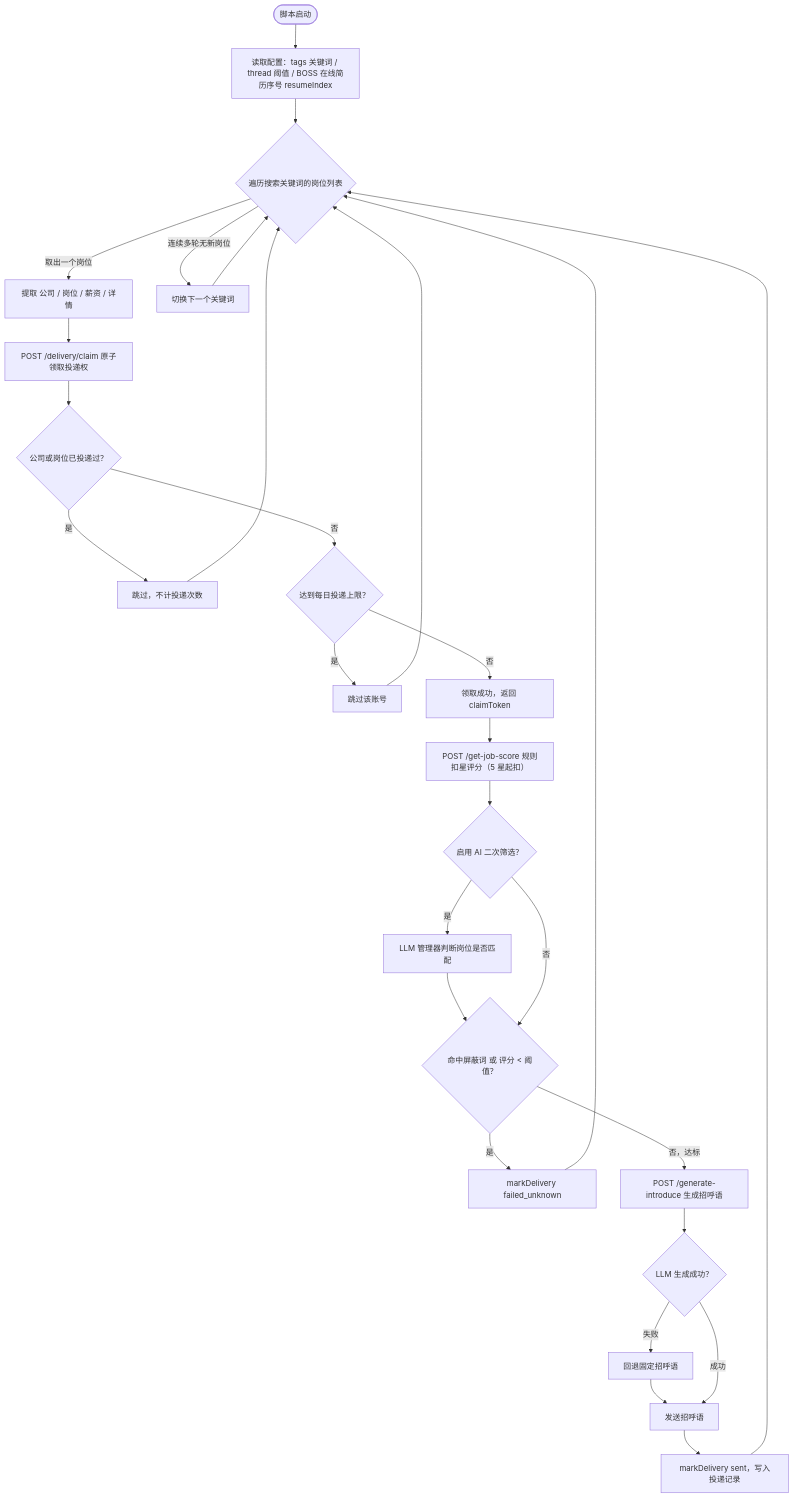
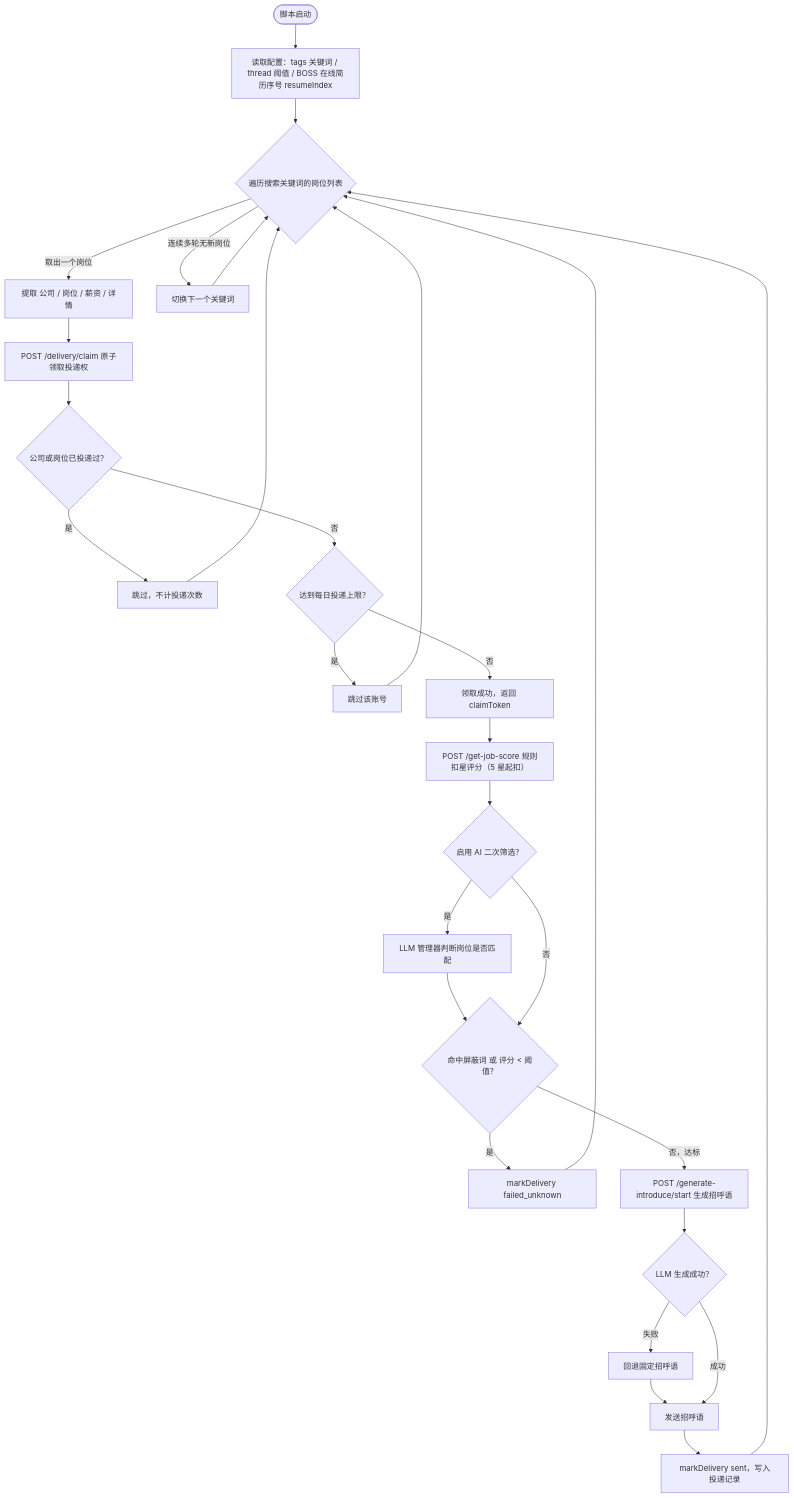
One commit to MineAurora2/boos-good-job changed the first of 2 diagrams in readme.md. Above: the diagram before and after it, drawn with Mermaid. The commit also changed other lines of this file and 33 other files, not shown here.

Commit message:
fix: 修复地图以及配置文件

````diff
--- a/readme.md
+++ b/readme.md
@@ -43,23 +43,23 @@
 ```mermaid
 flowchart TD
     Start(["脚本启动"]) --> Cfg["读取配置：tags 关键词 / thread 阈值 / BOSS 在线简历序号 resumeIndex"]
     Cfg --> Loop{"遍历搜索关键词的岗位列表"}
     Loop -->|取出一个岗位| Extract["提取 公司 / 岗位 / 薪资 / 详情"]
     Extract --> Claim["POST /delivery/claim 原子领取投递权"]
     Claim --> Dup{"公司或岗位已投递过？"}
     Dup -->|是| Skip1["跳过，不计投递次数"] --> Loop
     Dup -->|否| Quota{"达到每日投递上限？"}
     Quota -->|是| Skip2["跳过该账号"] --> Loop
     Quota -->|否| Token["领取成功，返回 claimToken"]
     Token --> Score["POST /get-job-score 规则扣星评分（5 星起扣）"]
     Score --> AI{"启用 AI 二次筛选？"}
     AI -->|是| Filter["LLM 管理器判断岗位是否匹配"] --> Judge
     AI -->|否| Judge{"命中屏蔽词 或 评分 &lt; 阈值？"}
     Judge -->|是| Mark1["markDelivery failed_unknown"] --> Loop
-    Judge -->|否，达标| Gen["POST /generate-introduce 生成招呼语"]
+    Judge -->|否，达标| Gen["POST /generate-introduce/start 生成招呼语"]
     Gen --> GenOk{"LLM 生成成功？"}
     GenOk -->|失败| Fixed["回退固定招呼语"] --> Send
     GenOk -->|成功| Send["发送招呼语"]
     Send --> Mark2["markDelivery sent，写入投递记录"] --> Loop
     Loop -->|连续多轮无新岗位| Switch["切换下一个关键词"] --> Loop
 ```
````
